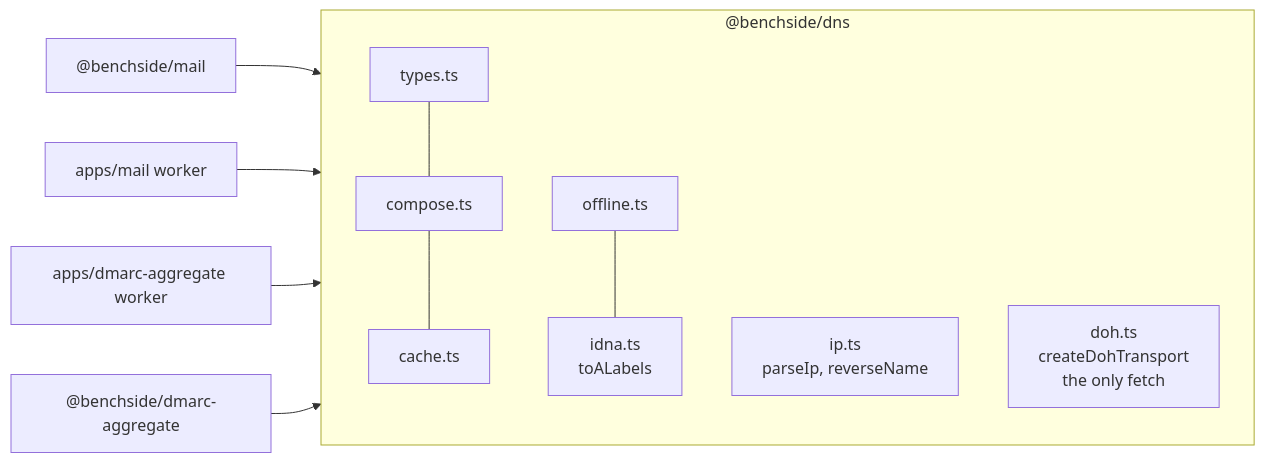
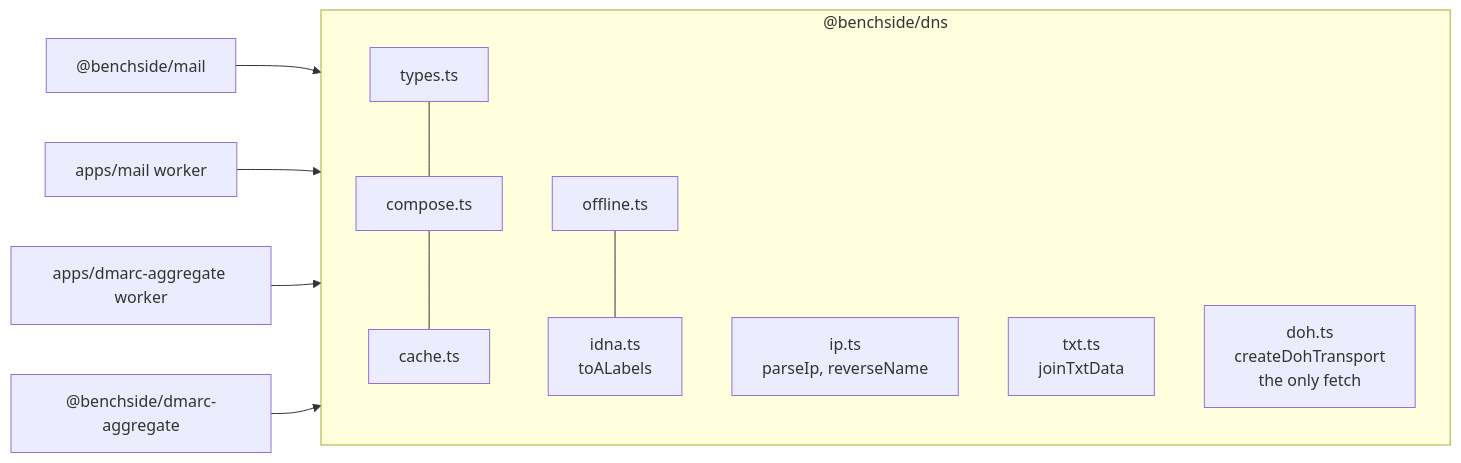
The diagram in docs/explanation/decisions/0014-shared-dns-package.md (photom/benchside), drawn with Mermaid before and after one commit. The commit also changed other lines of this file and 55 other files, not shown here.

````diff
--- a/docs/explanation/decisions/0014-shared-dns-package.md
+++ b/docs/explanation/decisions/0014-shared-dns-package.md
@@ -11,13 +11,14 @@
 ```mermaid
 flowchart LR
   subgraph dns ["@benchside/dns"]
     types[types.ts] --- compose[compose.ts] --- cache[cache.ts]
     offline[offline.ts] --- idna["idna.ts<br/>toALabels"]
     ip["ip.ts<br/>parseIp, reverseName"]
+    txt["txt.ts<br/>joinTxtData"]
     doh["doh.ts<br/>createDohTransport<br/>the only fetch"]
   end
   mail["@benchside/mail"] --> dns
   amail["apps/mail worker"] --> dns
   admarc["apps/dmarc-aggregate worker"] --> dns
   pdmarc["@benchside/dmarc-aggregate"] --> dns
 ```
````
